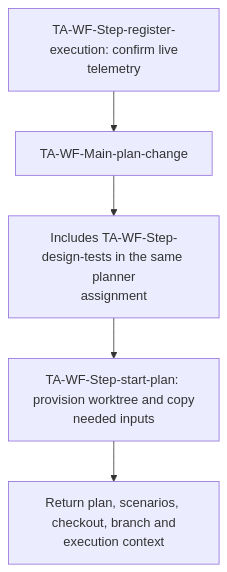
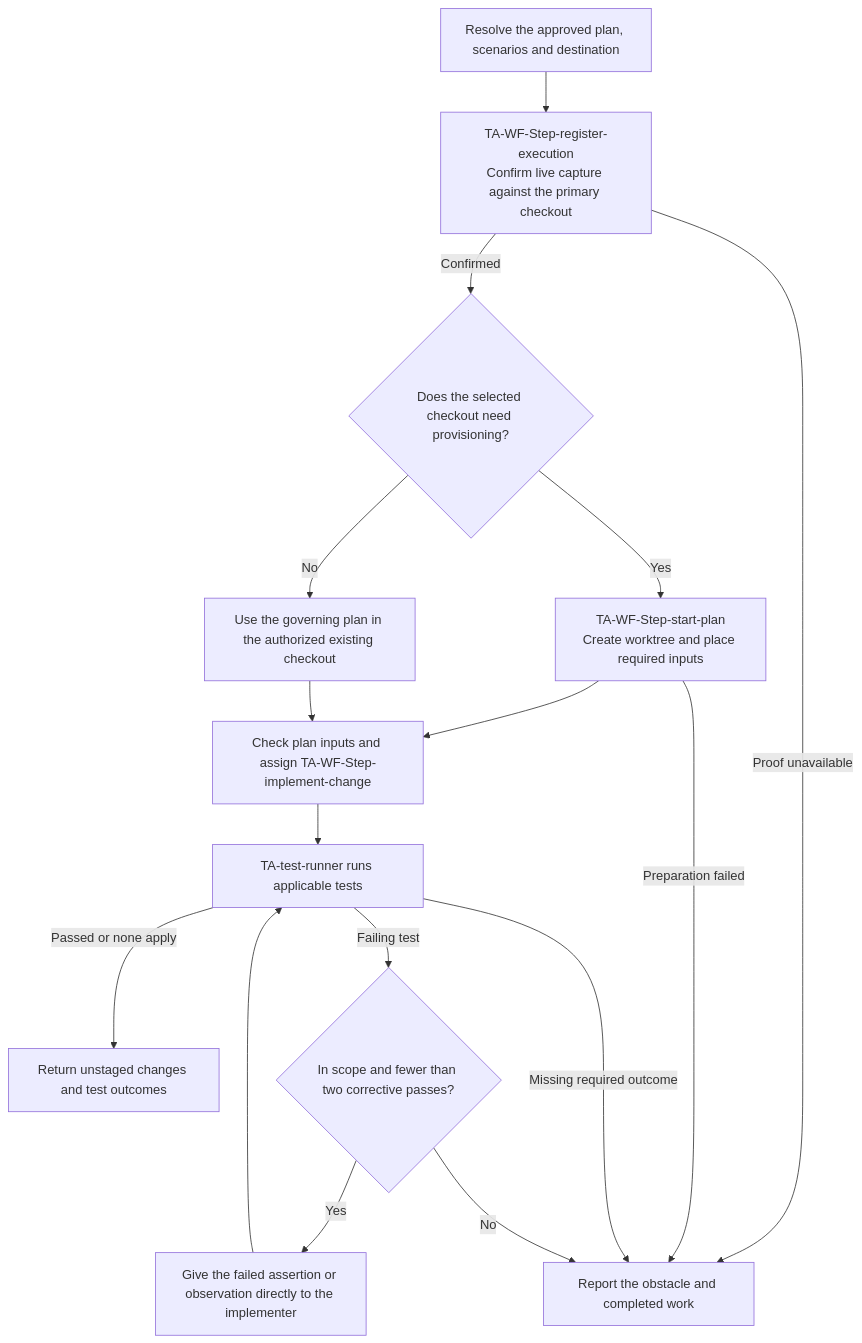
The second of 6 diagrams in .agents/skills/README.md (tomek-anuszkiewicz/amiga-studio), drawn with Mermaid before and after one commit. The commit also changed other lines of this file and 30 other files, not shown here.

````diff
--- a/.agents/skills/README.md
+++ b/.agents/skills/README.md
@@ -52,8 +60,19 @@
 ```mermaid
 flowchart TD
-    Register["TA-WF-Step-register-execution: confirm live<br/>telemetry"]
-    Register --> Plan["TA-WF-Main-plan-change"]
-    Plan --> Design["Includes TA-WF-Step-design-tests in the same planner<br/>assignment"]
-    Design --> Worktree["TA-WF-Step-start-plan: provision worktree and copy<br/>needed inputs"]
-    Worktree --> Result["Return plan, scenarios, checkout, branch and<br/>execution context"]
+    Inputs["Resolve the approved plan, scenarios and destination"]
+    Inputs --> Register["TA-WF-Step-register-execution<br/>Confirm live capture against the primary checkout"]
+    Register -->|Confirmed| Checkout{"Does the selected checkout need provisioning?"}
+    Register -->|Proof unavailable| Report["Report the obstacle and completed work"]
+    Checkout -->|Yes| Provision["TA-WF-Step-start-plan<br/>Create worktree and place required inputs"]
+    Checkout -->|No| Existing["Use the governing plan in the authorized existing checkout"]
+    Provision --> Assign["Check plan inputs and assign TA-WF-Step-implement-change"]
+    Existing --> Assign
+    Provision -->|Preparation failed| Report
+    Assign --> Tests["TA-test-runner runs applicable tests"]
+    Tests -->|Passed or none apply| Result["Return unstaged changes and test outcomes"]
+    Tests -->|Missing required outcome| Report
+    Tests -->|Failing test| Limit{"In scope and fewer than two corrective passes?"}
+    Limit -->|Yes| Repair["Give the failed assertion or observation directly to the implementer"]
+    Repair --> Tests
+    Limit -->|No| Report
 ```
````
